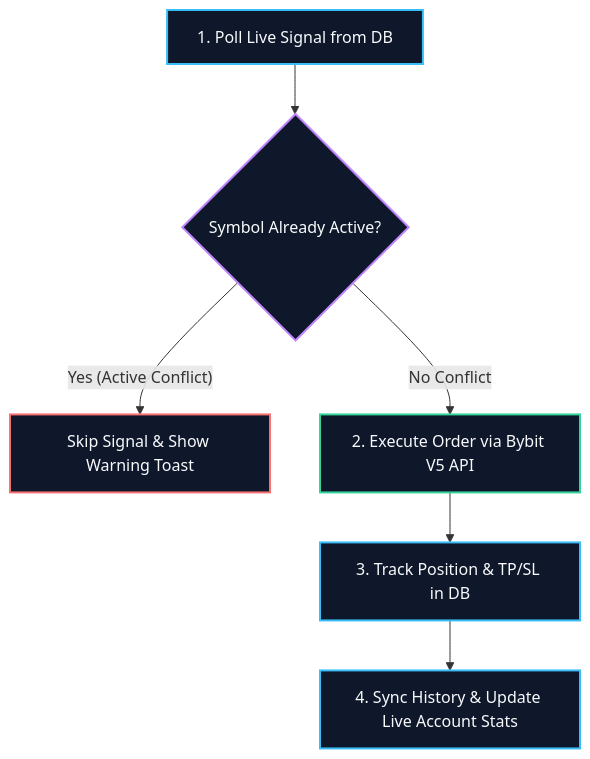
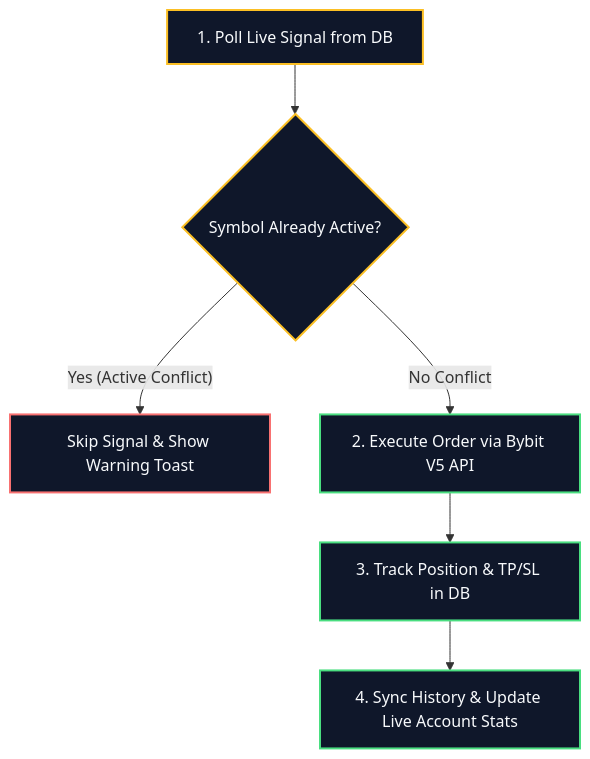
One commit to 21Afnan/cryptosight changed the third of 3 diagrams in README.md. Above: the diagram before and after it, drawn with Mermaid. The commit also changed other lines of this file, not shown here.

````diff
--- a/README.md
+++ b/README.md
@@ -148,20 +142,16 @@
 ```mermaid
 flowchart TD
     A["1. Poll Live Signal from DB"] --> B{"Symbol Already Active?"}
     B -- "Yes (Active Conflict)" --> C["Skip Signal & Show Warning Toast"]
     B -- "No Conflict" --> D["2. Execute Order via Bybit V5 API"]
     D --> E["3. Track Position & TP/SL in DB"]
     E --> F["4. Sync History & Update Live Account Stats"]
 
-    classDef startNode fill:#0f172a,stroke:#38bdf8,stroke-width:2px,color:#f8fafc;
-    classDef decision fill:#0f172a,stroke:#c084fc,stroke-width:2px,color:#f8fafc;
+    classDef neutral fill:#0f172a,stroke:#fbbf24,stroke-width:2px,color:#f8fafc;
     classDef warning fill:#0f172a,stroke:#f87171,stroke-width:2px,color:#f8fafc;
-    classDef success fill:#0f172a,stroke:#34d399,stroke-width:2px,color:#f8fafc;
-    classDef stepNode fill:#0f172a,stroke:#38bdf8,stroke-width:2px,color:#f8fafc;
+    classDef success fill:#0f172a,stroke:#4ade80,stroke-width:2px,color:#f8fafc;
 
-    class A startNode;
-    class B decision;
+    class A,B neutral;
     class C warning;
-    class D success;
-    class E,F stepNode;
+    class D,E,F success;
 ```
````
